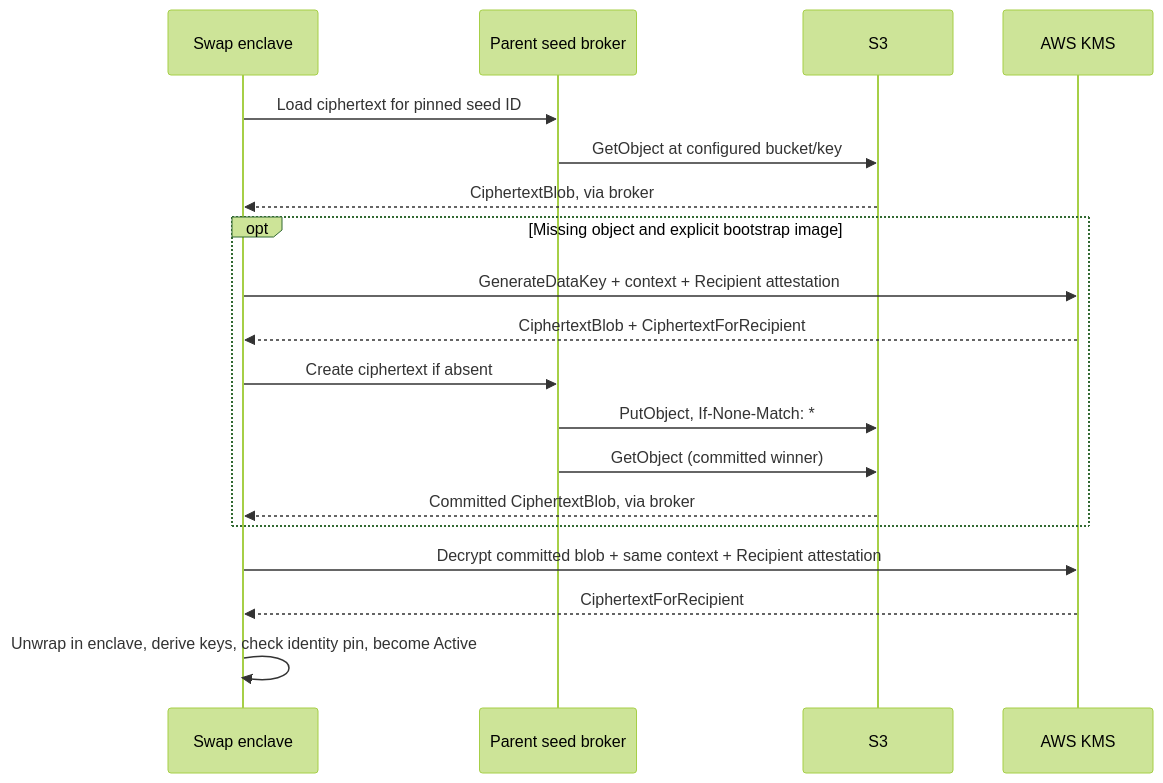
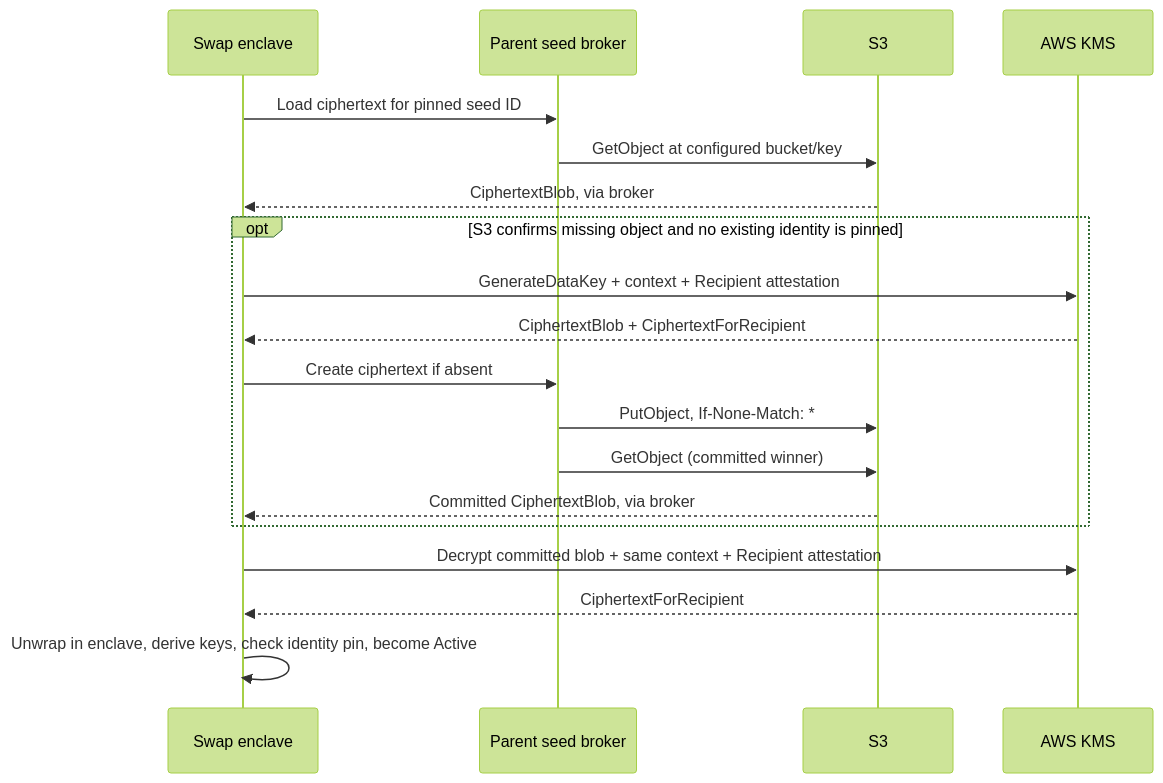
One commit to UTEXO-Protocol/enclave-signer changed the diagram in docs/swap-kms-persistence.md. Above: the diagram before and after it, drawn with Mermaid (forest theme). The commit also changed other lines of this file and 3 other files, not shown here.

````diff
--- a/docs/swap-kms-persistence.md
+++ b/docs/swap-kms-persistence.md
@@ -70,21 +70,21 @@
 ```mermaid
 sequenceDiagram
     participant E as Swap enclave
     participant B as Parent seed broker
     participant S as S3
     participant K as AWS KMS
     E->>B: Load ciphertext for pinned seed ID
     B->>S: GetObject at configured bucket/key
     S-->>E: CiphertextBlob, via broker
-    opt Missing object and explicit bootstrap image
+    opt S3 confirms missing object and no existing identity is pinned
         E->>K: GenerateDataKey + context + Recipient attestation
         K-->>E: CiphertextBlob + CiphertextForRecipient
         E->>B: Create ciphertext if absent
         B->>S: PutObject, If-None-Match: *
         B->>S: GetObject (committed winner)
         S-->>E: Committed CiphertextBlob, via broker
     end
     E->>K: Decrypt committed blob + same context + Recipient attestation
     K-->>E: CiphertextForRecipient
     E->>E: Unwrap in enclave, derive keys, check identity pin, become Active
 ```
````
